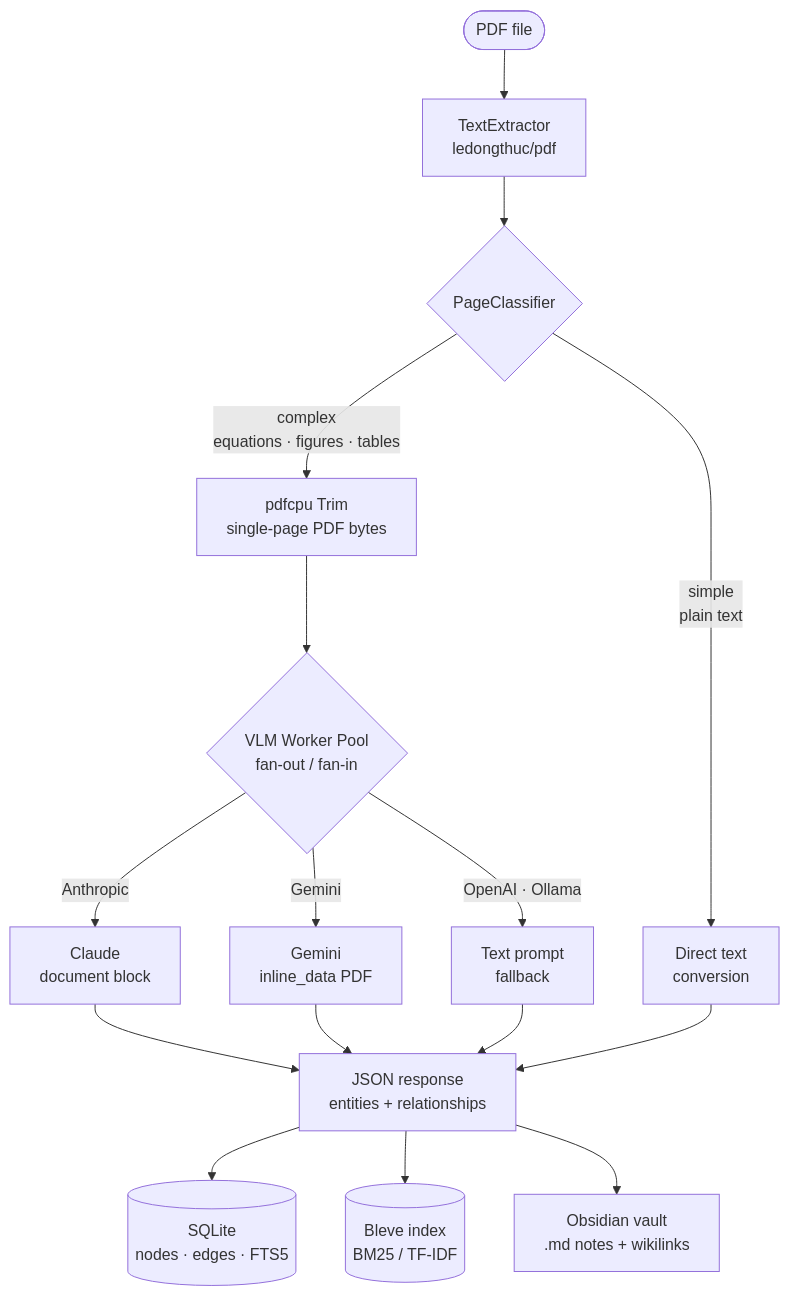
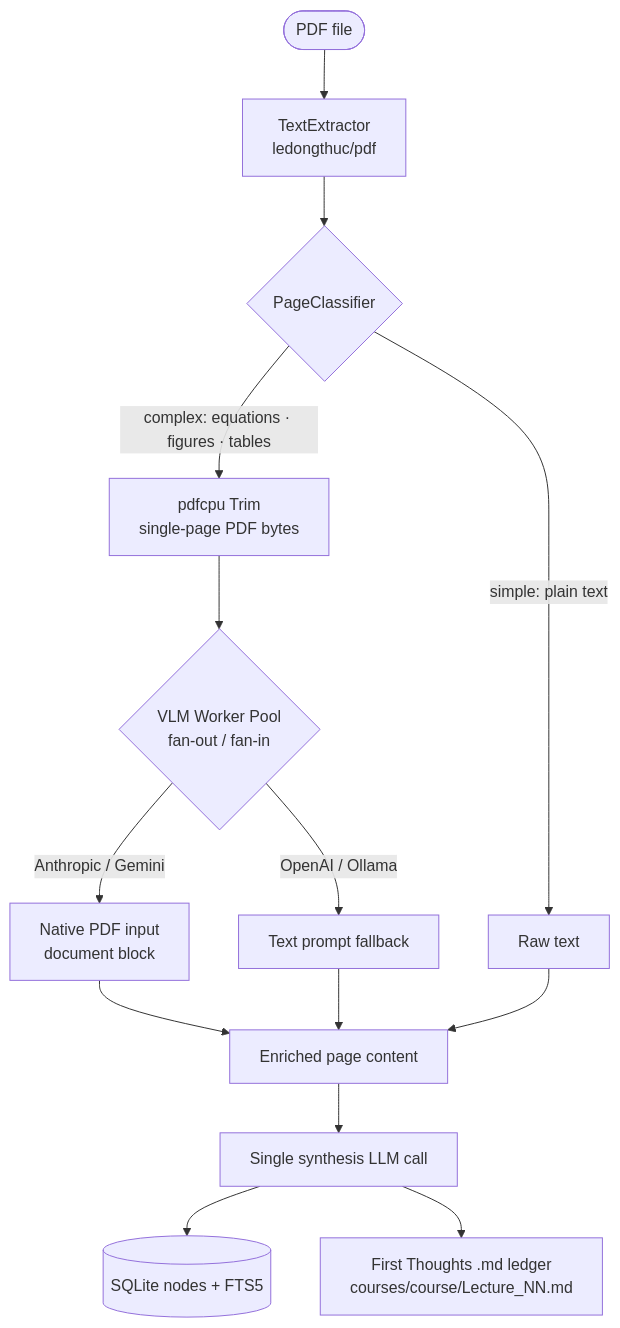
One commit to thvinhtruong/biograph changed the first of 3 diagrams in README.md. Above: the diagram before and after it, drawn with Mermaid. The commit also changed other lines of this file and 29 other files, not shown here.

````diff
--- a/README.md
+++ b/README.md
@@ -99,20 +59,19 @@
 ```mermaid
 flowchart TD
     A([PDF file]) --> B[TextExtractor\nledongthuc/pdf]
     B --> C{PageClassifier}
 
-    C -->|simple\nplain text| D[Direct text\nconversion]
-    C -->|complex\nequations · figures · tables| E[pdfcpu Trim\nsingle-page PDF bytes]
+    C -->|simple: plain text| D[Raw text]
+    C -->|complex: equations · figures · tables| E[pdfcpu Trim\nsingle-page PDF bytes]
 
     E --> F{VLM Worker Pool\nfan-out / fan-in}
-    F -->|Anthropic| G1[Claude\ndocument block]
-    F -->|Gemini| G2[Gemini\ninline_data PDF]
-    F -->|OpenAI · Ollama| G3[Text prompt\nfallback]
+    F -->|Anthropic / Gemini| G1[Native PDF input\ndocument block]
+    F -->|OpenAI / Ollama| G2[Text prompt fallback]
 
-    G1 & G2 & G3 --> H[JSON response\nentities + relationships]
+    G1 & G2 --> H[Enriched page content]
     D --> H
 
-    H --> I[(SQLite\nnodes · edges · FTS5)]
-    H --> J[(Bleve index\nBM25 / TF-IDF)]
-    H --> K[Obsidian vault\n.md notes + wikilinks]
+    H --> I[Single synthesis LLM call]
+    I --> J[(SQLite nodes + FTS5)]
+    I --> K[First Thoughts .md ledger\ncourses/course/Lecture_NN.md]
 ```
````
